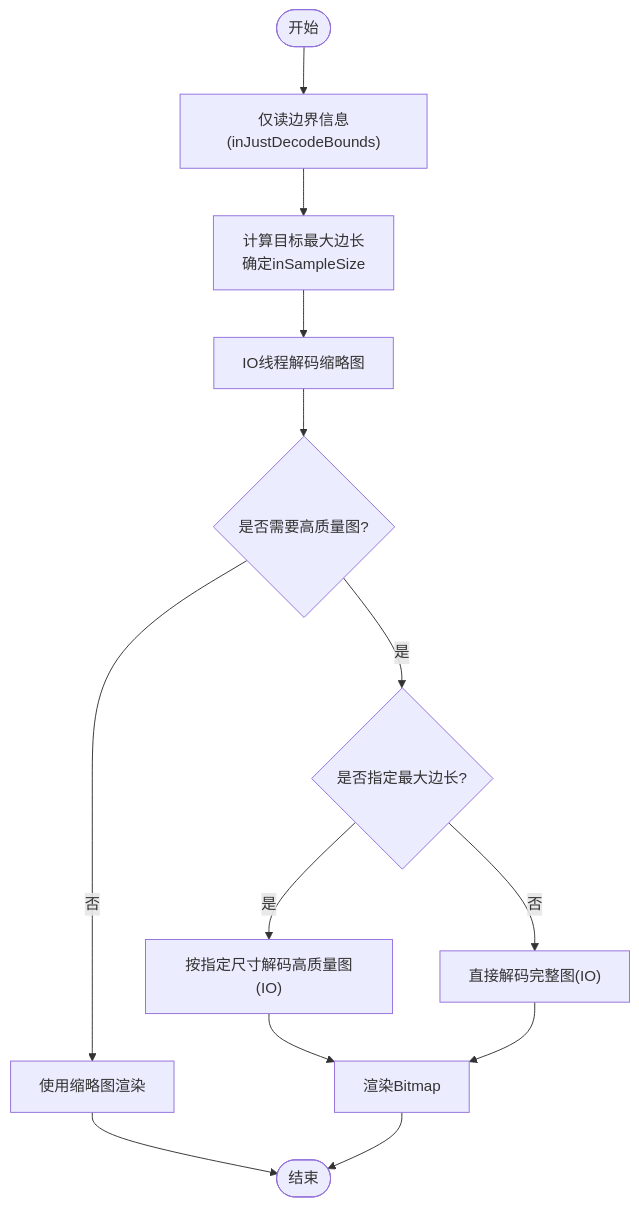
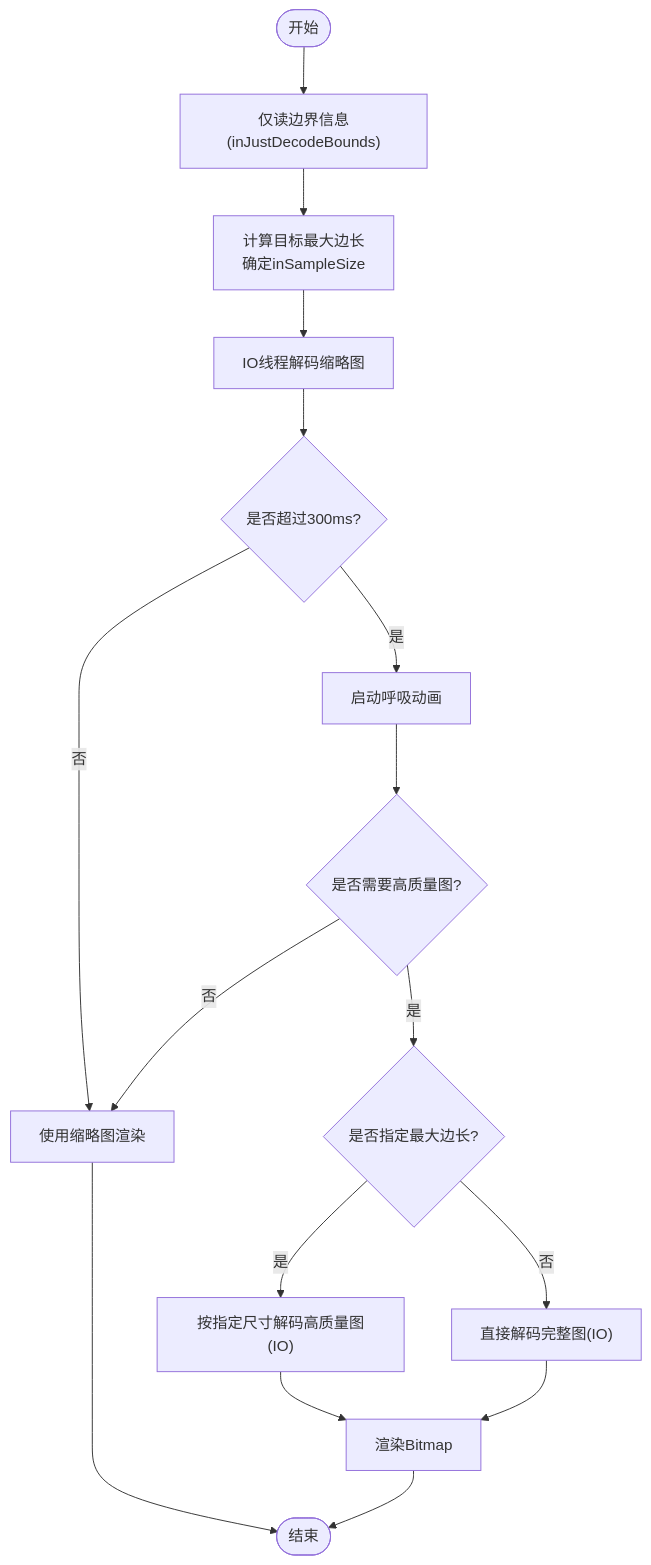
Before and after one commit to wanhongbo/ai-photo-vault: the sixth of 9 diagrams in .qoder/repowiki/zh/content/性能优化/IO优化技术.md, drawn with Mermaid. The commit also changed other lines of this file and 22 other files, not shown here.

````diff
--- a/.qoder/repowiki/zh/content/性能优化/IO优化技术.md
+++ b/.qoder/repowiki/zh/content/性能优化/IO优化技术.md
@@ -180,15 +261,18 @@
 ```mermaid
 flowchart TD
 Start(["开始"]) --> Bounds["仅读边界信息(inJustDecodeBounds)"]
 Bounds --> Calc["计算目标最大边长<br/>确定inSampleSize"]
 Calc --> DecodeThumb["IO线程解码缩略图"]
-DecodeThumb --> DecideHQ{"是否需要高质量图?"}
-DecideHQ -- 否 --> UseThumb["使用缩略图渲染"]
+DecodeThumb --> DelayCheck{"是否超过300ms?"}
+DelayCheck -- 否 --> UseThumb["使用缩略图渲染"]
+DelayCheck -- 是 --> Breathing["启动呼吸动画"]
+Breathing --> DecideHQ{"是否需要高质量图?"}
+DecideHQ -- 否 --> UseThumb
 DecideHQ -- 是 --> HQPath{"是否指定最大边长?"}
 HQPath -- 是 --> DecodeHQ["按指定尺寸解码高质量图(IO)"]
 HQPath -- 否 --> DecodeFull["直接解码完整图(IO)"]
 DecodeHQ --> Render["渲染Bitmap"]
 DecodeFull --> Render
 UseThumb --> End(["结束"])
 Render --> End
 ```
````
